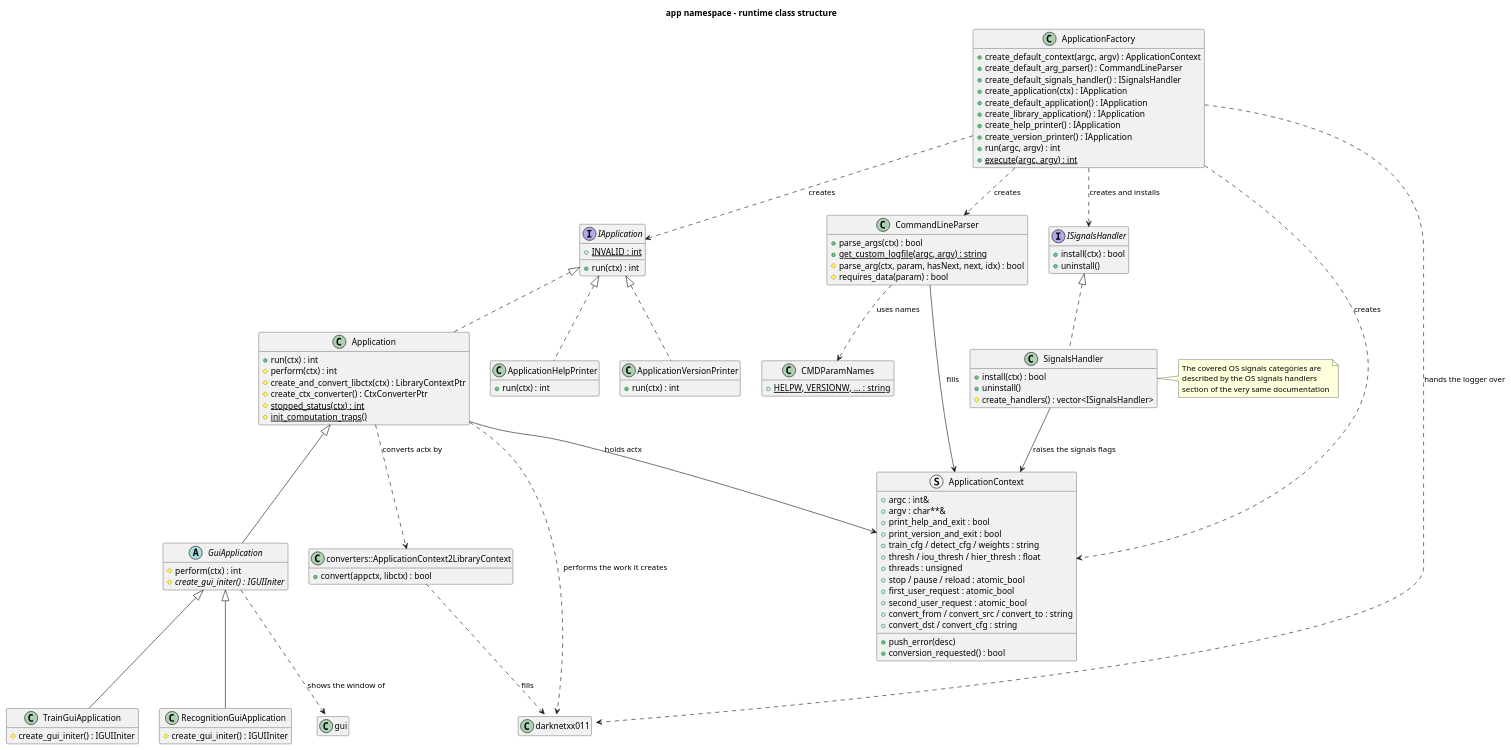
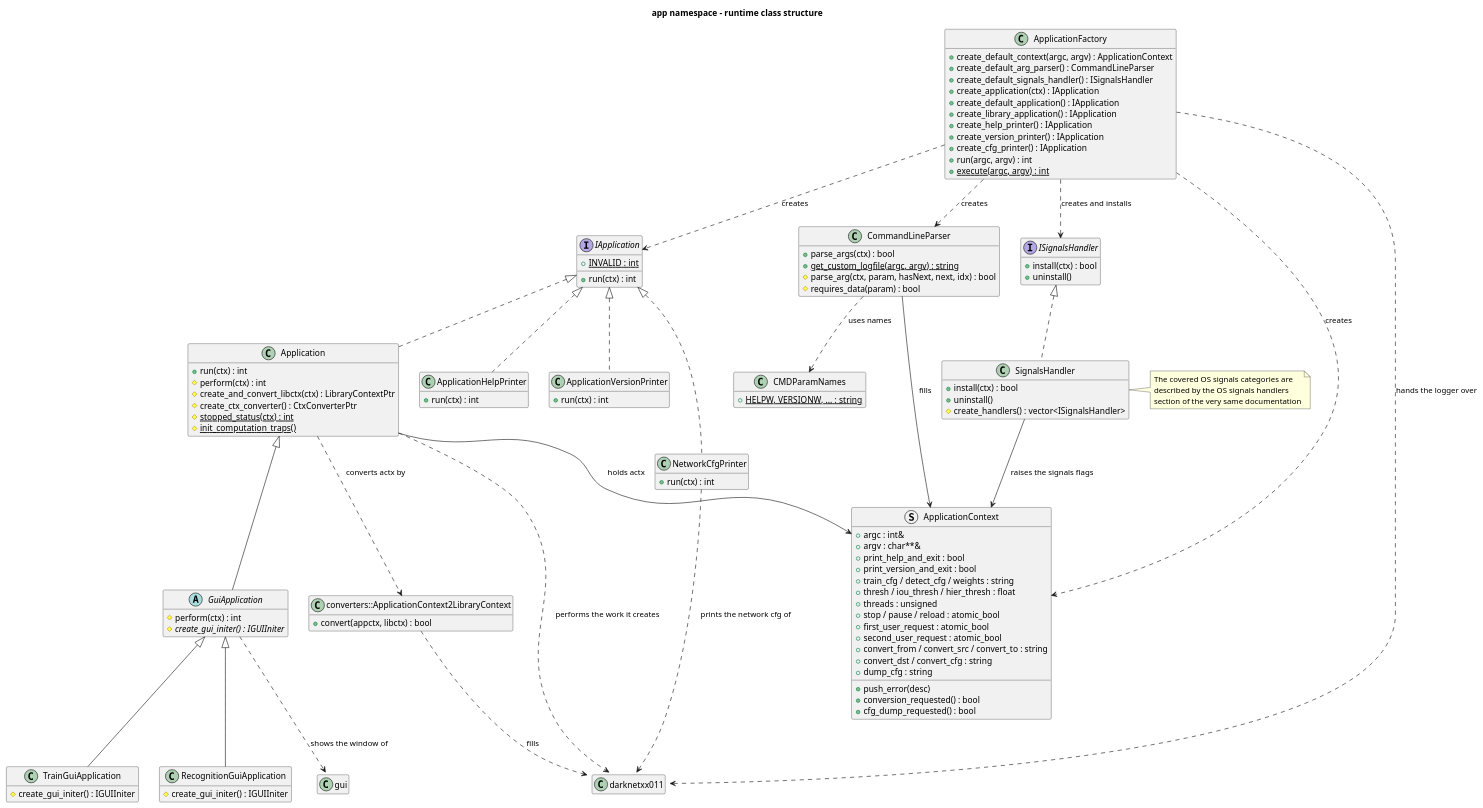
One commit to yuriysydor1991/darknetxx changed the diagram in doc/diagrams/application-runtime-classes.puml. Above: the diagram before and after it, drawn with PlantUML. The commit also changed 20 other files, not shown here.

Commit message:
docs: document the dxxwjz3 layer arrays and the --dump-cfg

```diff
--- a/doc/diagrams/application-runtime-classes.puml
+++ b/doc/diagrams/application-runtime-classes.puml
@@ -1,126 +1,135 @@
 @startuml application-runtime-classes
 title app namespace - runtime class structure
 
 skinparam shadowing false
 hide empty members
 
 interface IApplication {
   +run(ctx) : int
   +{static} INVALID : int
 }
 
 class Application {
   +run(ctx) : int
   #perform(ctx) : int
   #create_and_convert_libctx(ctx) : LibraryContextPtr
   #create_ctx_converter() : CtxConverterPtr
   #{static} stopped_status(ctx) : int
   #{static} init_computation_traps()
 }
 
 abstract class GuiApplication {
   #perform(ctx) : int
   #{abstract} create_gui_initer() : IGUIIniter
 }
 
 class TrainGuiApplication {
   #create_gui_initer() : IGUIIniter
 }
 
 class RecognitionGuiApplication {
   #create_gui_initer() : IGUIIniter
 }
 
 class "converters::ApplicationContext2LibraryContext" as ApplicationContext2LibraryContext {
   +convert(appctx, libctx) : bool
 }
 
 class ApplicationHelpPrinter {
   +run(ctx) : int
 }
 
 class ApplicationVersionPrinter {
   +run(ctx) : int
 }
 
+class NetworkCfgPrinter {
+  +run(ctx) : int
+}
+
 class ApplicationFactory {
   +create_default_context(argc, argv) : ApplicationContext
   +create_default_arg_parser() : CommandLineParser
   +create_default_signals_handler() : ISignalsHandler
   +create_application(ctx) : IApplication
   +create_default_application() : IApplication
   +create_library_application() : IApplication
   +create_help_printer() : IApplication
   +create_version_printer() : IApplication
+  +create_cfg_printer() : IApplication
   +run(argc, argv) : int
   +{static} execute(argc, argv) : int
 }
 
 class CommandLineParser {
   +parse_args(ctx) : bool
   +{static} get_custom_logfile(argc, argv) : string
   #parse_arg(ctx, param, hasNext, next, idx) : bool
   #requires_data(param) : bool
 }
 
 class CMDParamNames {
   +{static} HELPW, VERSIONW, ... : string
 }
 
 interface ISignalsHandler {
   +install(ctx) : bool
   +uninstall()
 }
 
 class SignalsHandler {
   +install(ctx) : bool
   +uninstall()
   #create_handlers() : vector<ISignalsHandler>
 }
 
 note right of SignalsHandler
   The covered OS signals categories are
   described by the OS signals handlers
   section of the very same documentation
 end note
 
 struct ApplicationContext {
   +argc : int&
   +argv : char**&
   +print_help_and_exit : bool
   +print_version_and_exit : bool
   +train_cfg / detect_cfg / weights : string
   +thresh / iou_thresh / hier_thresh : float
   +threads : unsigned
   +stop / pause / reload : atomic_bool
   +first_user_request : atomic_bool
   +second_user_request : atomic_bool
   +convert_from / convert_src / convert_to : string
   +convert_dst / convert_cfg : string
+  +dump_cfg : string
   +push_error(desc)
   +conversion_requested() : bool
+  +cfg_dump_requested() : bool
 }
 
 IApplication <|.. Application
 IApplication <|.. ApplicationHelpPrinter
 IApplication <|.. ApplicationVersionPrinter
+IApplication <|.. NetworkCfgPrinter
 Application <|-- GuiApplication
 GuiApplication <|-- TrainGuiApplication
 GuiApplication <|-- RecognitionGuiApplication
 ISignalsHandler <|.. SignalsHandler
 
 ApplicationFactory ..> IApplication : creates
 ApplicationFactory ..> CommandLineParser : creates
 ApplicationFactory ..> ApplicationContext : creates
 ApplicationFactory ..> ISignalsHandler : creates and installs
 CommandLineParser ..> CMDParamNames : uses names
 CommandLineParser --> ApplicationContext : fills
 Application --> ApplicationContext : holds actx
 SignalsHandler --> ApplicationContext : raises the signals flags
 Application ..> ApplicationContext2LibraryContext : converts actx by
 ApplicationContext2LibraryContext ..> "darknetxx011::LibraryContext" : fills
 Application ..> "darknetxx011::LibraryFacade" : performs the work it creates
 GuiApplication ..> "gui::IGUIIniter" : shows the window of
 ApplicationFactory ..> "darknetxx011::LibraryFacade" : hands the logger over
+NetworkCfgPrinter ..> "darknetxx011::LibraryFacade" : prints the network cfg of
 
 @enduml
```
